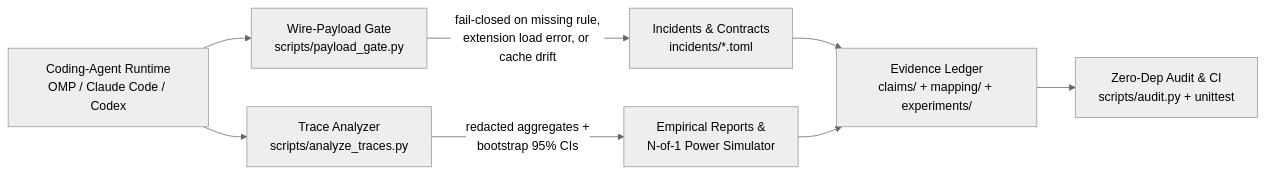
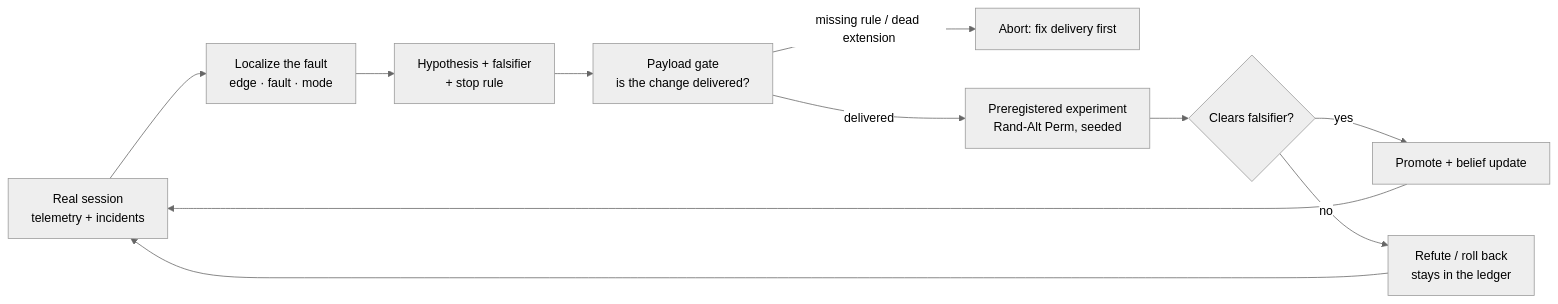
One commit to iridyne/akribeia changed the diagram in README.md. Above: the diagram before and after it, drawn with Mermaid (neutral theme). The commit also changed other lines of this file and 14 other files, not shown here.

````diff
--- a/README.md
+++ b/README.md
@@ -22,10 +87,13 @@
 ```mermaid
 flowchart LR
-  A[Coding-Agent Runtime<br/>OMP / Claude Code / Codex] --> B[Wire-Payload Gate<br/>scripts/payload_gate.py]
-  A --> C[Trace Analyzer<br/>scripts/analyze_traces.py]
-  B -->|fail-closed on missing rule,<br/>extension load error, or cache drift| D[Incidents & Contracts<br/>incidents/*.toml]
-  C -->|redacted aggregates +<br/>bootstrap 95% CIs| E[Empirical Reports &<br/>N-of-1 Power Simulator]
-  D --> F[Evidence Ledger<br/>claims/ + mapping/ + experiments/]
-  E --> F
-  F --> G[Zero-Dep Audit & CI<br/>scripts/audit.py + unittest]
+  A[Real session<br/>telemetry + incidents] --> B[Localize the fault<br/>edge · fault · mode]
+  B --> C[Hypothesis + falsifier<br/>+ stop rule]
+  C --> D[Payload gate<br/>is the change delivered?]
+  D -->|missing rule / dead extension| X[Abort: fix delivery first]
+  D -->|delivered| E[Preregistered experiment<br/>Rand-Alt Perm, seeded]
+  E --> F{Clears falsifier?}
+  F -->|yes| G[Promote + belief update]
+  F -->|no| H[Refute / roll back<br/>stays in the ledger]
+  G --> A
+  H --> A
 ```
````
